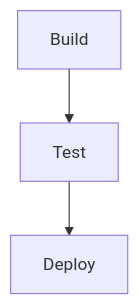
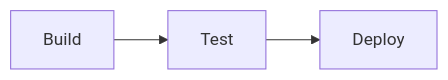
Before and after one commit to samsmithnz/ParallelPipelinesDemo: the diagram in README.md, drawn with Mermaid.

````diff
--- a/README.md
+++ b/README.md
@@ -4,4 +4,4 @@
 ```mermaid
-  graph TD;
+  graph LR;
       Build-->Test-->Deploy;
 ```
````
